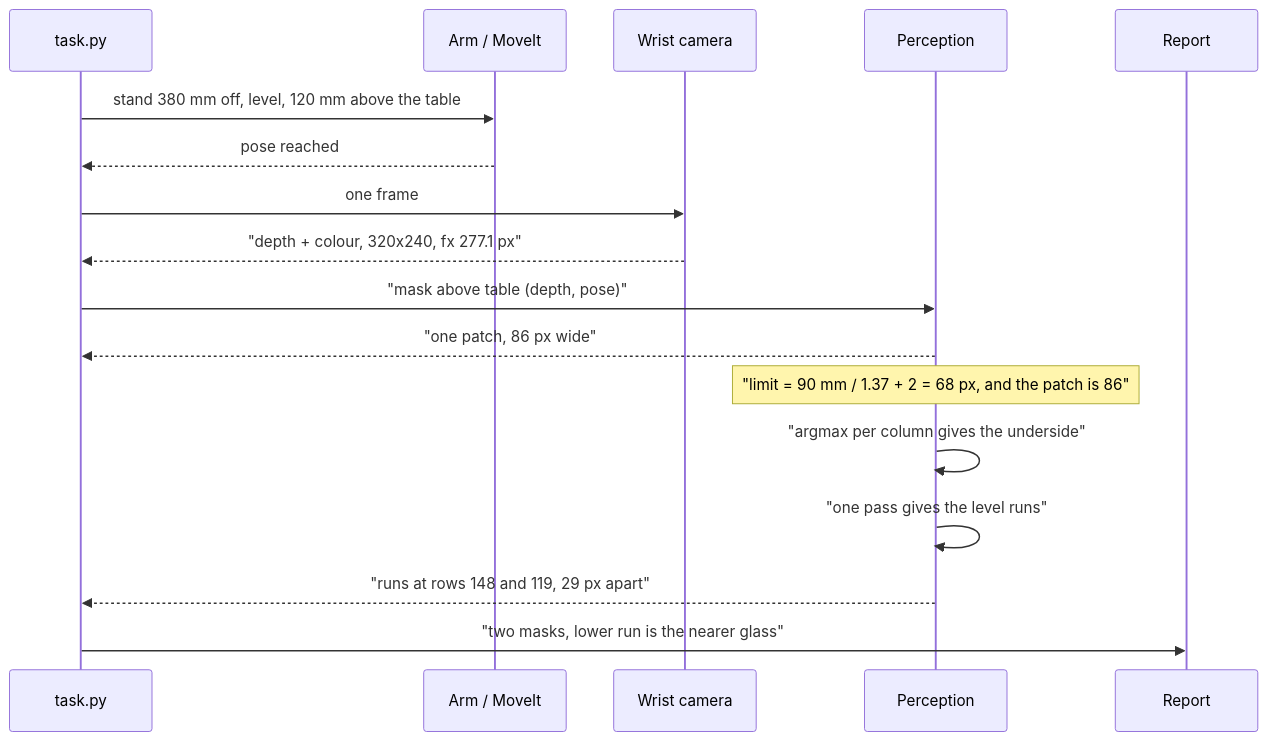
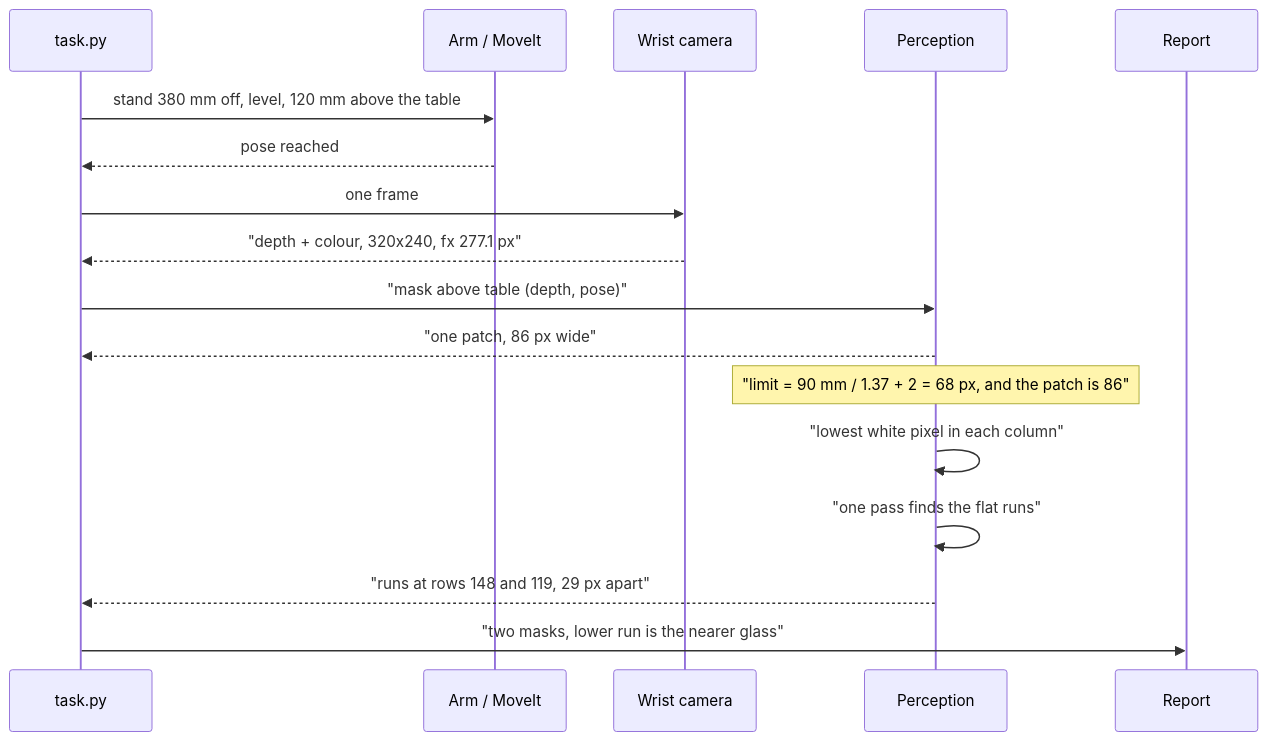
One commit to RobinNagpal/robot-arm-projects changed the first of 3 diagrams in v5-pick-glasses/docs/problem-2/solutions/01-split-the-blob-in-the-picture.md. Above: the diagram before and after it, drawn with Mermaid. The commit also changed other lines of this file and 1 other file, not shown here.

````diff
--- a/v5-pick-glasses/docs/problem-2/solutions/01-split-the-blob-in-the-picture.md
+++ b/v5-pick-glasses/docs/problem-2/solutions/01-split-the-blob-in-the-picture.md
@@ -212,19 +246,19 @@
 ```mermaid
 sequenceDiagram
     participant T as task.py
     participant A as Arm / MoveIt
     participant C as Wrist camera
     participant P as Perception
     participant R as Report
     T->>A: stand 380 mm off, level, 120 mm above the table
     A-->>T: pose reached
     T->>C: one frame
     C-->>T: "depth + colour, 320x240, fx 277.1 px"
     T->>P: "mask above table (depth, pose)"
     P-->>T: "one patch, 86 px wide"
     Note over P: "limit = 90 mm / 1.37 + 2 = 68 px, and the patch is 86"
-    P->>P: "argmax per column gives the underside"
-    P->>P: "one pass gives the level runs"
+    P->>P: "lowest white pixel in each column"
+    P->>P: "one pass finds the flat runs"
     P-->>T: "runs at rows 148 and 119, 29 px apart"
     T->>R: "two masks, lower run is the nearer glass"
 ```
````
